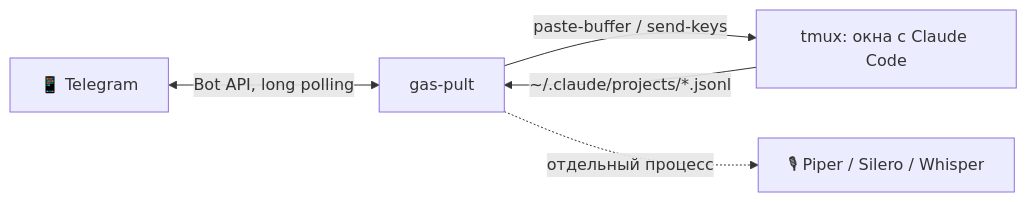
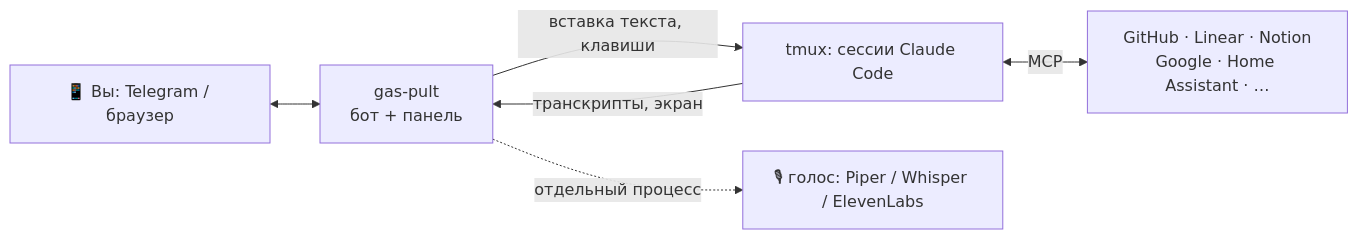
The diagram in README.md (gvriil/gas-pult), drawn with Mermaid before and after one commit. The commit also changed other lines of this file and 6 other files, not shown here.

Commit message:
docs: README заново — ценность, что можно делать кроме кода, два интерфейса, требования к окружению, скриншоты; CHANGELOG и ARCHITECTURE про панель

````diff
--- a/README.md
+++ b/README.md
@@ -41,7 +65,8 @@
 ```mermaid
 flowchart LR
-  T[📱 Telegram] <-- Bot API, long polling --> P[gas-pult]
-  P -- paste-buffer / send-keys --> X[tmux: окна с Claude Code]
-  X -- ~/.claude/projects/*.jsonl --> P
-  P -. отдельный процесс .-> V[🎙 Piper / Silero / Whisper]
+  U[📱 Вы: Telegram / браузер] <--> P[gas-pult<br/>бот + панель]
+  P -- вставка текста, клавиши --> X[tmux: сессии Claude Code]
+  X -- транскрипты, экран --> P
+  X <-- MCP --> S[GitHub · Linear · Notion<br/>Google · Home Assistant · …]
+  P -. отдельный процесс .-> V[🎙 голос: Piper / Whisper / ElevenLabs]
 ```
````
